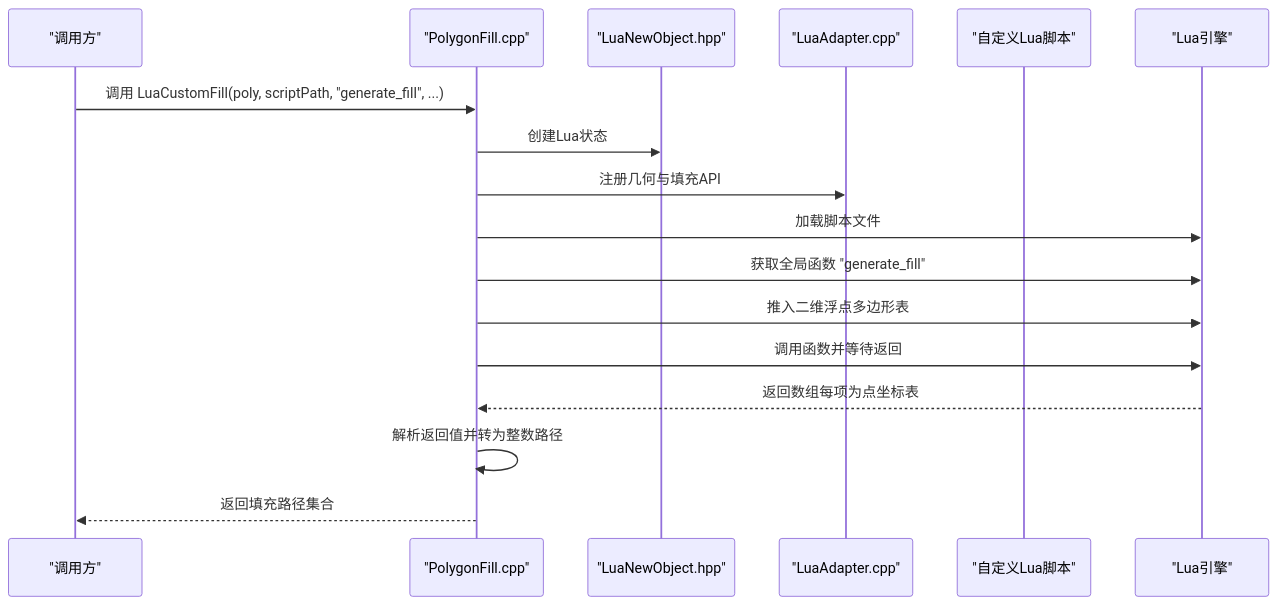
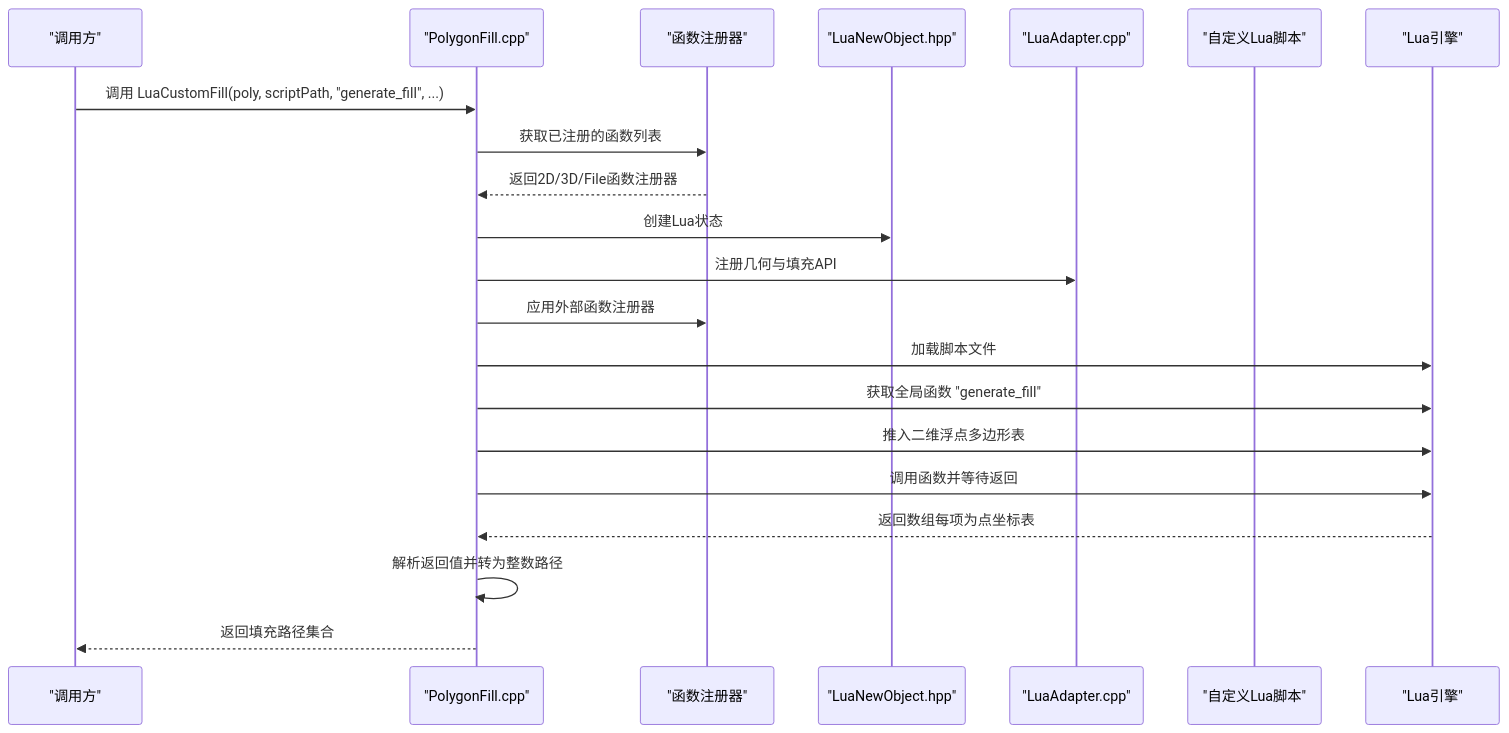
The second of 6 diagrams in .qoder/repowiki/zh/content/扩展与集成/Lua脚本扩展.md (hsmbanlance/HsBaSlicer), drawn with Mermaid before and after one commit. The commit also changed other lines of this file and 9 other files, not shown here.

````diff
--- a/.qoder/repowiki/zh/content/扩展与集成/Lua脚本扩展.md
+++ b/.qoder/repowiki/zh/content/扩展与集成/Lua脚本扩展.md
@@ -87,19 +129,23 @@
 ```mermaid
 sequenceDiagram
 participant Caller as "调用方"
 participant PF as "PolygonFill.cpp"
+participant RA as "函数注册器"
 participant LNO as "LuaNewObject.hpp"
 participant LA as "LuaAdapter.cpp"
 participant Script as "自定义Lua脚本"
 participant Lua as "Lua引擎"
 Caller->>PF : 调用 LuaCustomFill(poly, scriptPath, "generate_fill", ...)
+PF->>RA : 获取已注册的函数列表
+RA-->>PF : 返回2D/3D/File函数注册器
 PF->>LNO : 创建Lua状态
 PF->>LA : 注册几何与填充API
+PF->>RA : 应用外部函数注册器
 PF->>Lua : 加载脚本文件
 PF->>Lua : 获取全局函数 "generate_fill"
 PF->>Lua : 推入二维浮点多边形表
 PF->>Lua : 调用函数并等待返回
 Lua-->>PF : 返回数组每项为点坐标表
 PF->>PF : 解析返回值并转为整数路径
 PF-->>Caller : 返回填充路径集合
 ```
````
